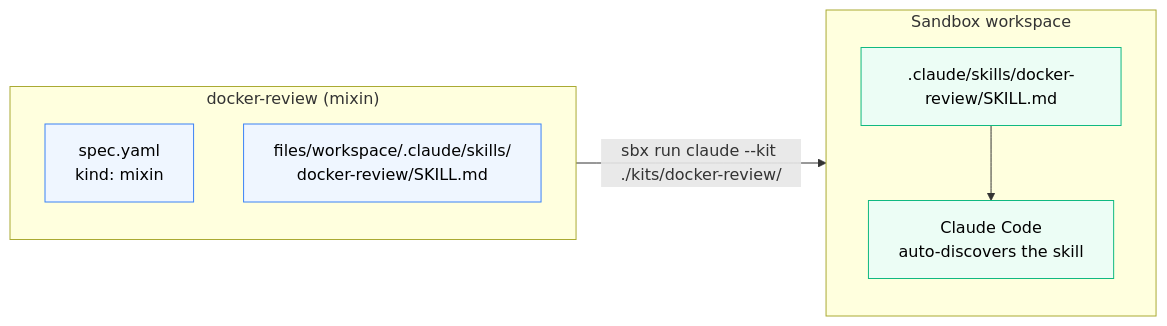
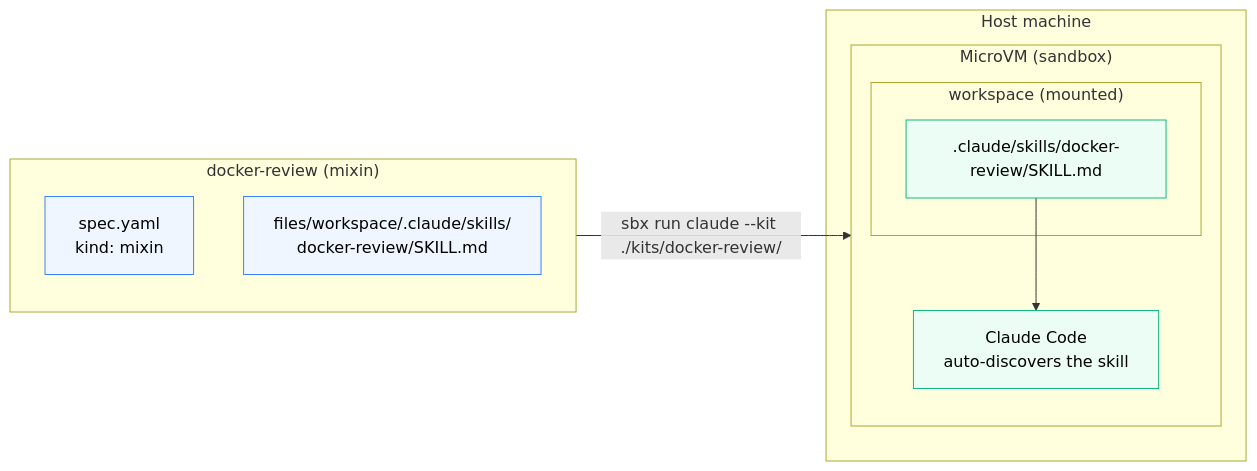
The diagram in labspace/kits/02-first-mixin.md (ajeetraina/labspace-docker-ai-governance), drawn with Mermaid before and after one commit. The commit also changed 6 other files, not shown here.

First line of the commit message:
Frame kit diagrams with Host machine + MicroVM for visual uniformity

````diff
--- a/labspace/kits/02-first-mixin.md
+++ b/labspace/kits/02-first-mixin.md
@@ -3,18 +3,22 @@
 ```mermaid
 flowchart LR
     subgraph KIT["docker-review (mixin)"]
         SPEC["spec.yaml<br/>kind: mixin"]
         SKILL["files/workspace/.claude/skills/<br/>docker-review/SKILL.md"]
     end
     KIT -- "sbx run claude --kit ./kits/docker-review/" --> VM
-    subgraph VM["Sandbox workspace"]
-        INJECTED[".claude/skills/docker-review/SKILL.md"]
-        CLAUDE["Claude Code<br/>auto-discovers the skill"]
-        INJECTED --> CLAUDE
+    subgraph HOST["Host machine"]
+        subgraph VM["MicroVM (sandbox)"]
+            subgraph WS["workspace (mounted)"]
+                INJECTED[".claude/skills/docker-review/SKILL.md"]
+            end
+            CLAUDE["Claude Code<br/>auto-discovers the skill"]
+            INJECTED --> CLAUDE
+        end
     end
 
     classDef kit fill:#eff6ff,stroke:#3b82f6,color:#000
     classDef vm fill:#ecfdf5,stroke:#10b981,color:#000
     class SPEC,SKILL kit
     class INJECTED,CLAUDE vm
 ```
````
